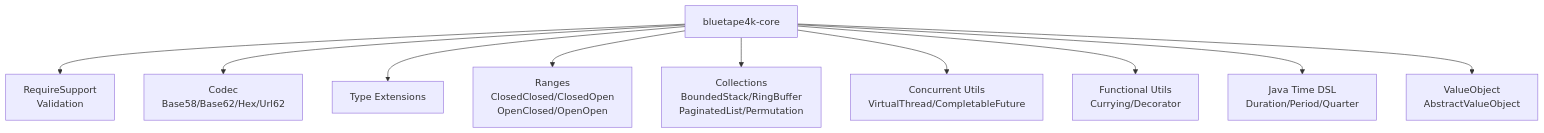
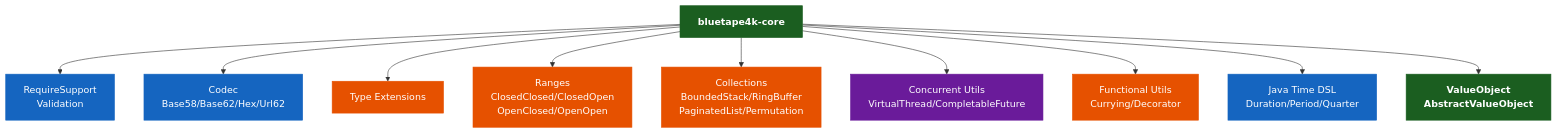
One commit to bluetape4k/bluetape4k-projects changed the first of 3 diagrams in bluetape4k/core/README.ko.md. Above: the diagram before and after it, drawn with Mermaid. The commit also changed other lines of this file and 221 other files, not shown here.

First line of the commit message:
docs: 전체 모듈 README UML 다이어그램 보강 및 색상 업그레이드

````diff
--- a/bluetape4k/core/README.ko.md
+++ b/bluetape4k/core/README.ko.md
@@ -11,24 +11,28 @@
 ```mermaid
 flowchart TD
     Core["bluetape4k-core"]:::coreStyle
     Validation["RequireSupport<br/>Validation"]:::serviceStyle
     Codec["Codec<br/>Base58/Base62/Hex/Url62"]:::serviceStyle
     Extensions["Type Extensions"]:::utilStyle
     Ranges["Ranges<br/>ClosedClosed/ClosedOpen<br/>OpenClosed/OpenOpen"]:::utilStyle
     Collections["Collections<br/>BoundedStack/RingBuffer<br/>PaginatedList/Permutation"]:::utilStyle
     Concurrent["Concurrent Utils<br/>VirtualThread/CompletableFuture"]:::asyncStyle
     Functional["Functional Utils<br/>Currying/Decorator"]:::utilStyle
     Time["Java Time DSL<br/>Duration/Period/Quarter"]:::serviceStyle
     ValueObject["ValueObject<br/>AbstractValueObject"]:::coreStyle
 
     Core --> Validation
     Core --> Codec
     Core --> Extensions
     Core --> Ranges
     Core --> Collections
     Core --> Concurrent
     Core --> Functional
     Core --> Time
     Core --> ValueObject
 
+    classDef coreStyle fill:#1B5E20,stroke:#1B5E20,color:#FFFFFF,font-weight:bold
+    classDef serviceStyle fill:#1565C0,stroke:#1565C0,color:#FFFFFF
+    classDef utilStyle fill:#E65100,stroke:#E65100,color:#FFFFFF
+    classDef asyncStyle fill:#6A1B9A,stroke:#6A1B9A,color:#FFFFFF
 ```
````
